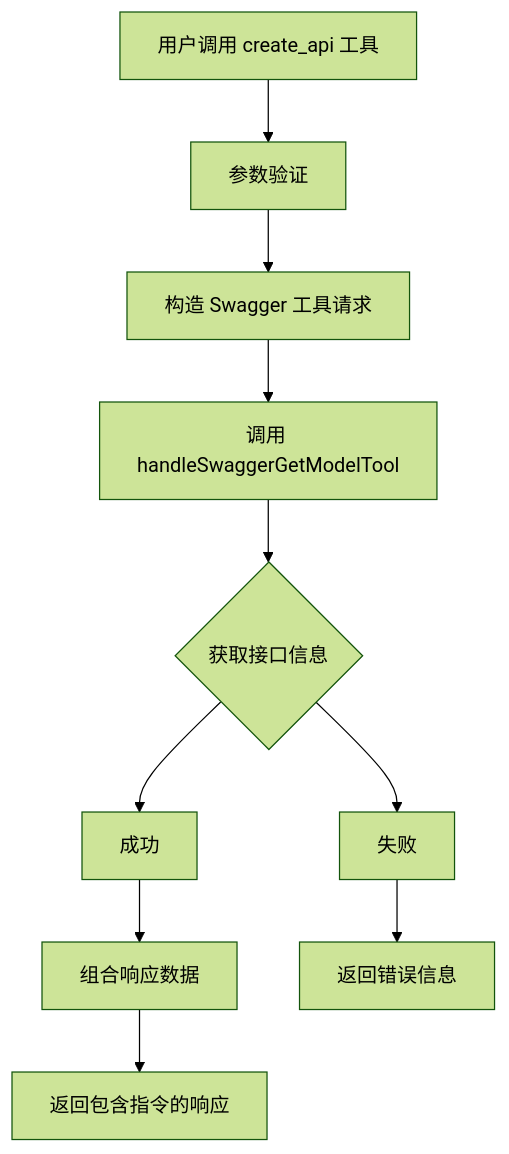
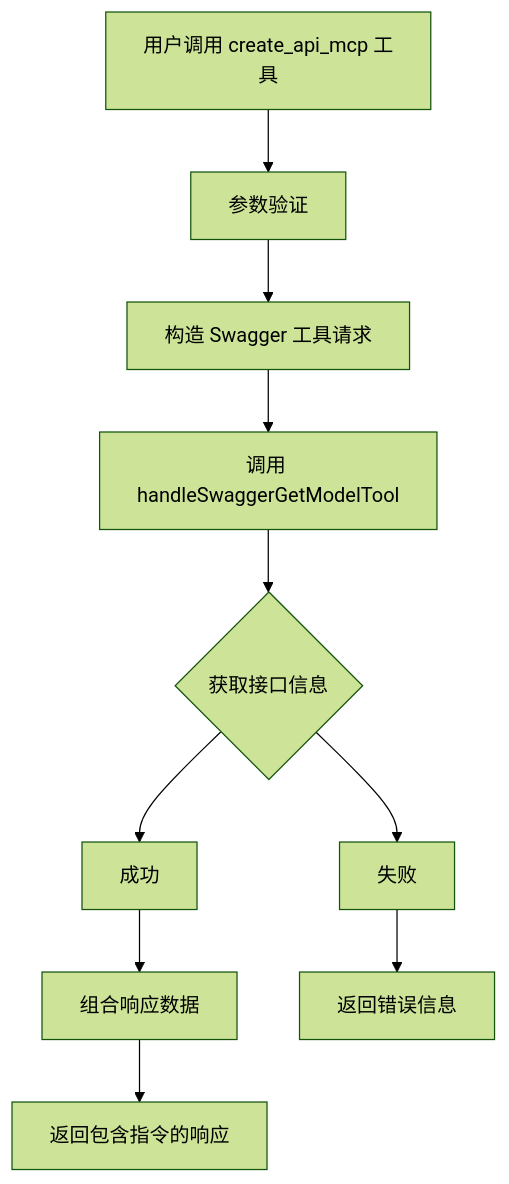
The diagram in front/qiankun/ai/mcp/src/server/feature/createApi/README.md (TomorrowLM/demo), drawn with Mermaid (forest theme) before and after one commit. The commit also changed other lines of this file and 2 other files, not shown here.

Commit message:
将工具名称从 create_api 修改为 create_api_mcp，以更清晰地表示其用途，并更新相关文档和示例。

````diff
--- a/front/qiankun/ai/mcp/src/server/feature/createApi/README.md
+++ b/front/qiankun/ai/mcp/src/server/feature/createApi/README.md
@@ -39,12 +39,12 @@
 ```mermaid
 flowchart TD
-    A[用户调用 create_api 工具] --> B[参数验证]
+    A[用户调用 create_api_mcp 工具] --> B[参数验证]
     B --> C[构造 Swagger 工具请求]
     C --> D[调用 handleSwaggerGetModelTool]
     D --> E{获取接口信息}
     E --> F[成功]
     F --> G[组合响应数据]
     G --> H[返回包含指令的响应]
     E --> I[失败]
     I --> J[返回错误信息]
 ```
````
